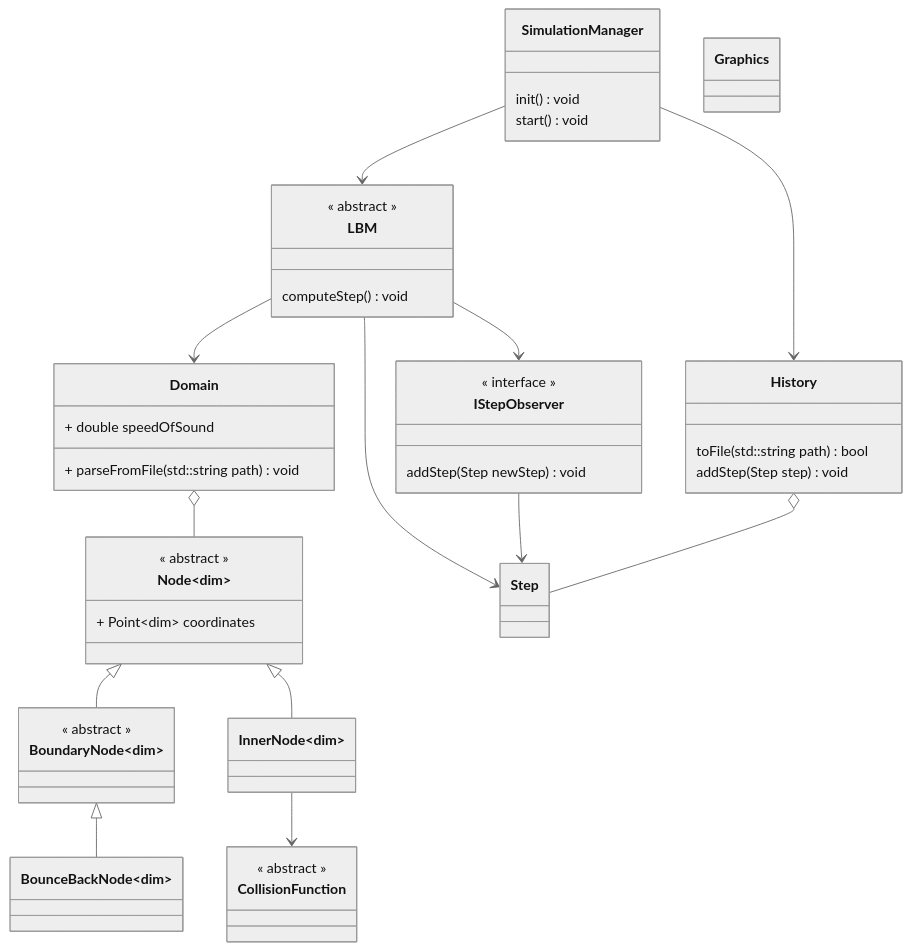
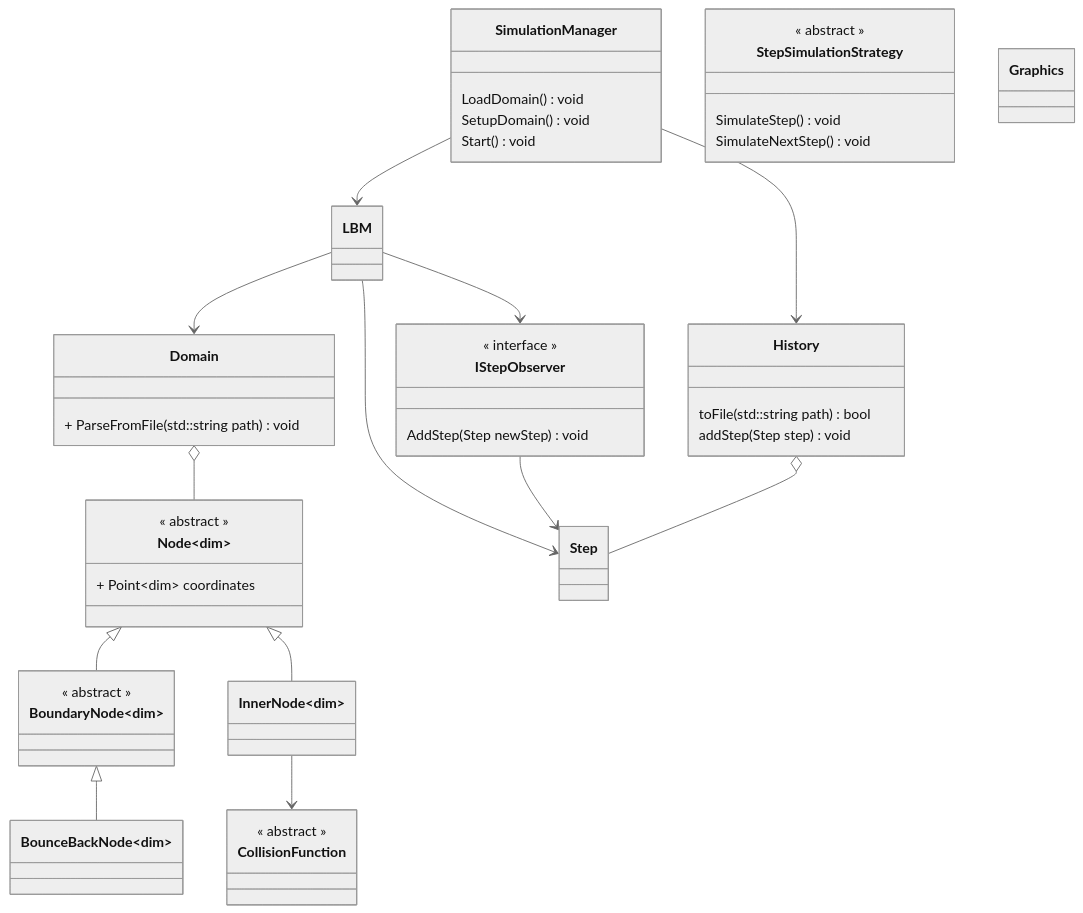
One commit to AMSC-24-25/13-lb-13-lb changed the diagram in docs/README.md. Above: the diagram before and after it, drawn with Mermaid (neutral theme).

Commit message:
Updated another README

```diff
--- a/docs/README.md
+++ b/docs/README.md
@@ -7,31 +7,32 @@
     %% the Domain and the LBM classes. It then handles the evolution of the simulation
     %% and saves the data inside the History class
     class SimulationManager {
-        init() void
-        start() void
+        LoadDomain() void
+        SetupDomain() void
+        Start() void
     }
 
 
     %% Contains an iteration of the algorithm. Calling many times the method LBM::next() makes the system evolve.
     %% Can be implemented in various way, depending on the optimization (serial, CUDA, OpenMP, MPI, ...)
-    class LBM {
+    class StepSimulationStrategy {
         << abstract >>
-        computeStep() void
+        SimulateStep() void
+        SimulateNextStep() void
     }
 
     %% Whoever is interested in being notified by the LBM when a new step is computer
     %% it has to inherit from this interface
     class IStepObserver {
         << interface >>
-        addStep(Step newStep) void
+        AddStep(Step newStep) void
     }
 
     %% A container class. Keep track of the Nodes and (maybe) other details of the problem,
     %% such as the speed of sound, the viscosity and the Reynolds number.
     %% This class represents the lattice as a grid of points
     class Domain {  
-        + double speedOfSound
-        + parseFromFile(std::string path) void
+        + ParseFromFile(std::string path) void
     }
 
     %% A generic point in the grid. Can be either an InnerNode or a BoundaryNode
```
